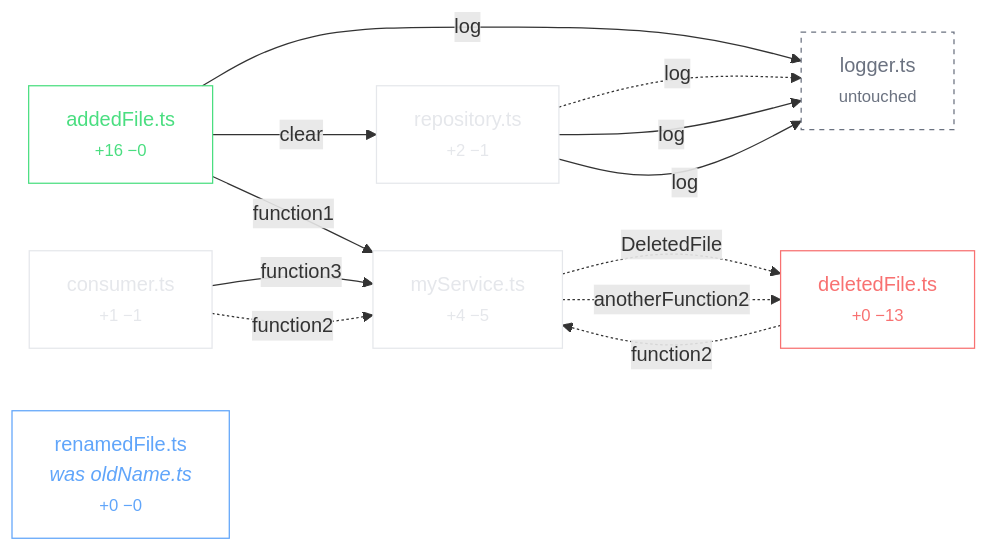
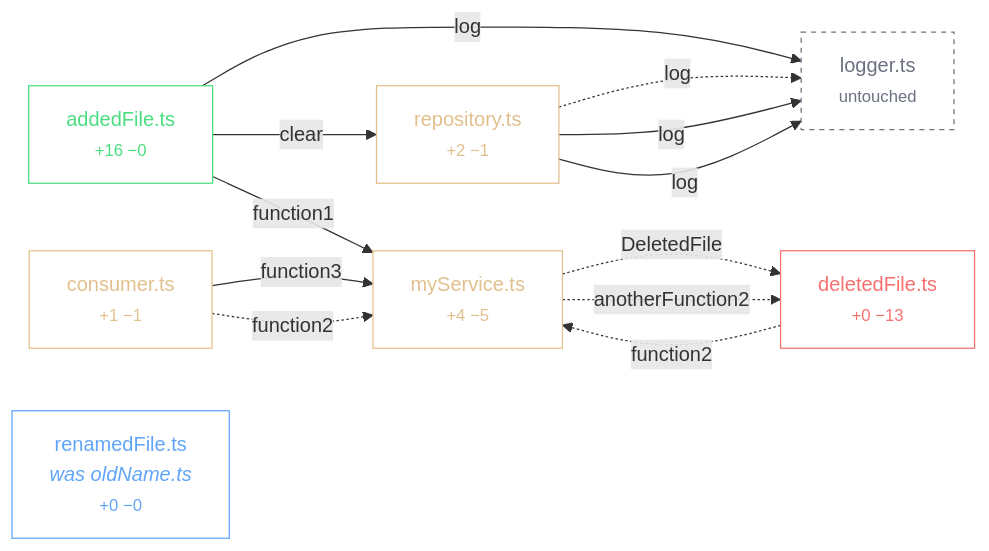
Before and after one commit to PowerEngine98/odin-pr-review: the diagram in README.md, drawn with Mermaid. The commit also changed 7 other files, not shown here.

````diff
--- a/README.md
+++ b/README.md
@@ -154,27 +154,27 @@
 ```mermaid
 flowchart LR
   n0["addedFile.ts<br/><small>+16 −0</small>"]:::added
   n1["consumer.ts<br/><small>+1 −1</small>"]:::modified
   n2["deletedFile.ts<br/><small>+0 −13</small>"]:::deleted
   n3["logger.ts<br/><small>untouched</small>"]:::phantom
   n4["myService.ts<br/><small>+4 −5</small>"]:::modified
   n5["renamedFile.ts<br/><i>was oldName.ts</i><br/><small>+0 −0</small>"]:::renamed
   n6["repository.ts<br/><small>+2 −1</small>"]:::modified
   n4 -.->|"DeletedFile"| n2
   n4 -.->|"anotherFunction2"| n2
   n0 -->|"log"| n3
   n0 -->|"function1"| n4
   n0 -->|"clear"| n6
   n1 -->|"function3"| n4
   n1 -.->|"function2"| n4
   n2 -.->|"function2"| n4
   n6 -.->|"log"| n3
   n6 -->|"log"| n3
   n6 -->|"log"| n3
 
   classDef added stroke:#4ade80,color:#4ade80,fill:transparent;
-  classDef modified stroke:#e5e7eb,color:#e5e7eb,fill:transparent;
+  classDef modified stroke:#e2c08d,color:#e2c08d,fill:transparent;
   classDef deleted stroke:#f87171,color:#f87171,fill:transparent;
   classDef renamed stroke:#60a5fa,color:#60a5fa,fill:transparent;
   classDef phantom stroke:#6b7280,color:#6b7280,fill:transparent,stroke-dasharray:4 4;
 ```
````
